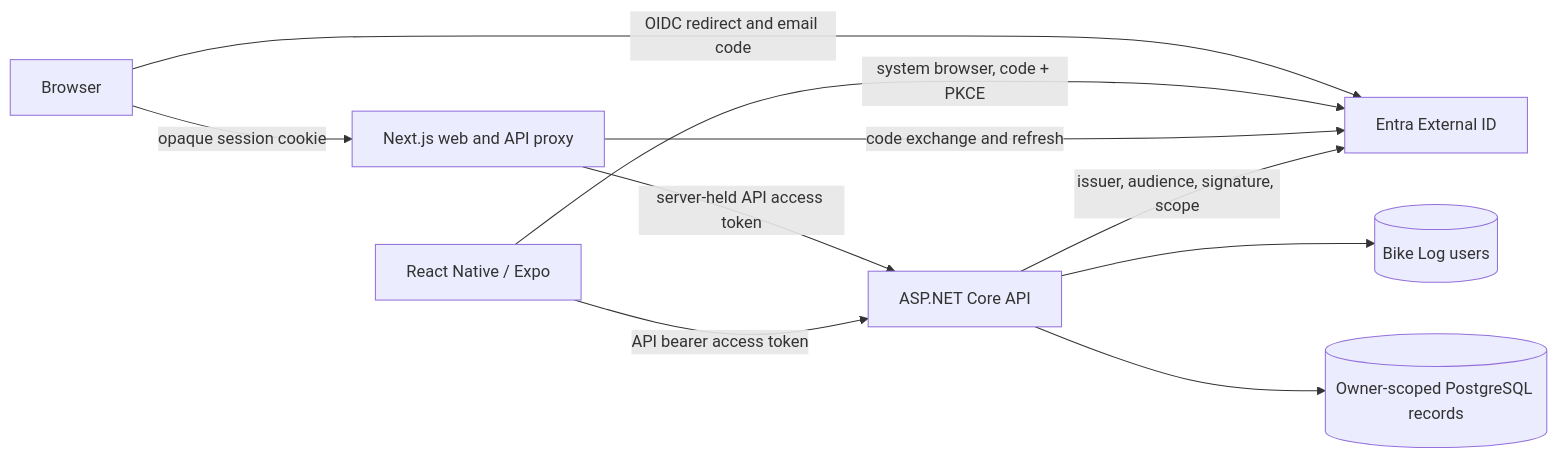
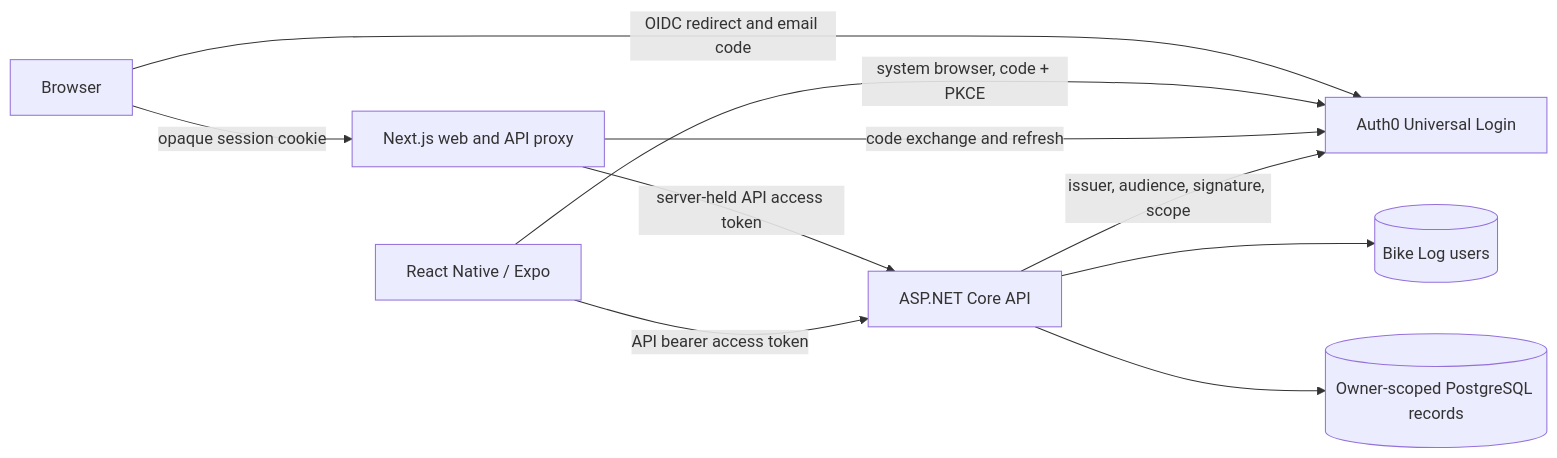
The diagram in docs/superpowers/specs/2026-10-08-authentication-ownership-design.md (juusimaa/bike-log), drawn with Mermaid before and after one commit. The commit also changed other lines of this file, not shown here.

Commit message:
docs: revise authentication ownership design for Auth0

````diff
--- a/docs/superpowers/specs/2026-10-08-authentication-ownership-design.md
+++ b/docs/superpowers/specs/2026-10-08-authentication-ownership-design.md
@@ -30,12 +30,12 @@
 ```mermaid
 flowchart LR
     Browser -->|opaque session cookie| Web[Next.js web and API proxy]
     Web -->|server-held API access token| API[ASP.NET Core API]
     Native[React Native / Expo] -->|API bearer access token| API
-    Browser -->|OIDC redirect and email code| Entra[Entra External ID]
-    Native -->|system browser, code + PKCE| Entra
-    Web -->|code exchange and refresh| Entra
-    API -->|issuer, audience, signature, scope| Entra
+    Browser -->|OIDC redirect and email code| Auth0[Auth0 Universal Login]
+    Native -->|system browser, code + PKCE| Auth0
+    Web -->|code exchange and refresh| Auth0
+    API -->|issuer, audience, signature, scope| Auth0
     API --> Users[(Bike Log users)]
     API --> Data[(Owner-scoped PostgreSQL records)]
 ```
````
